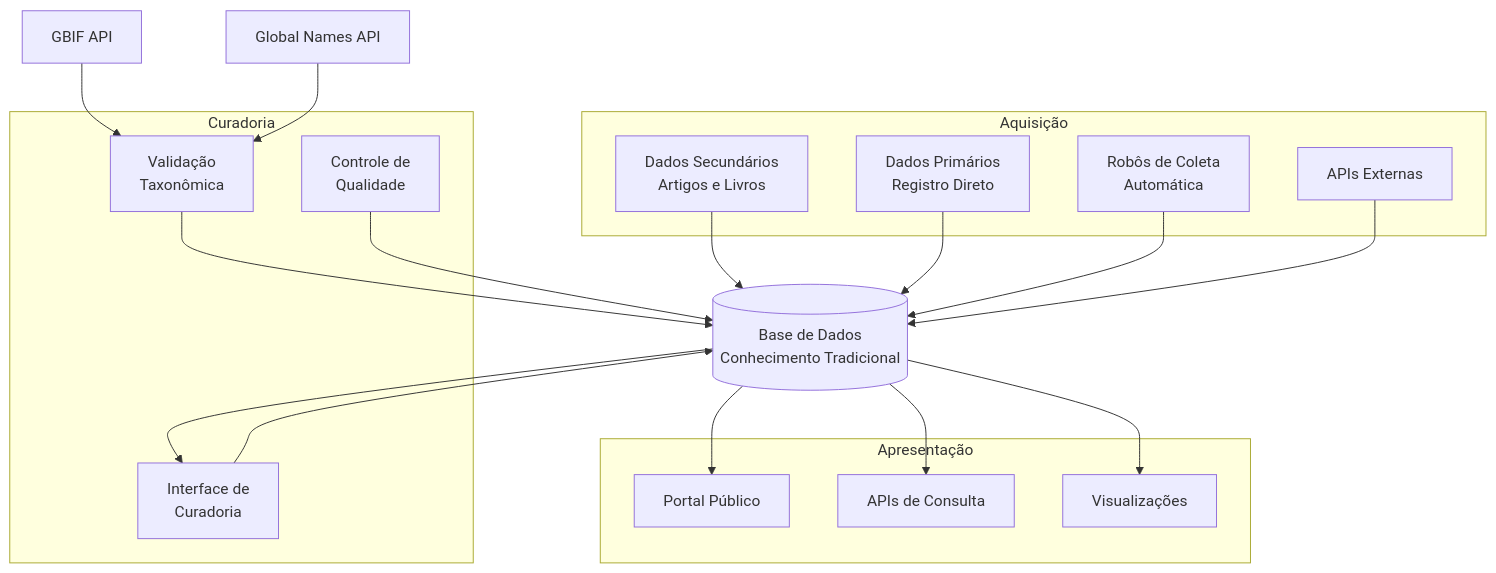
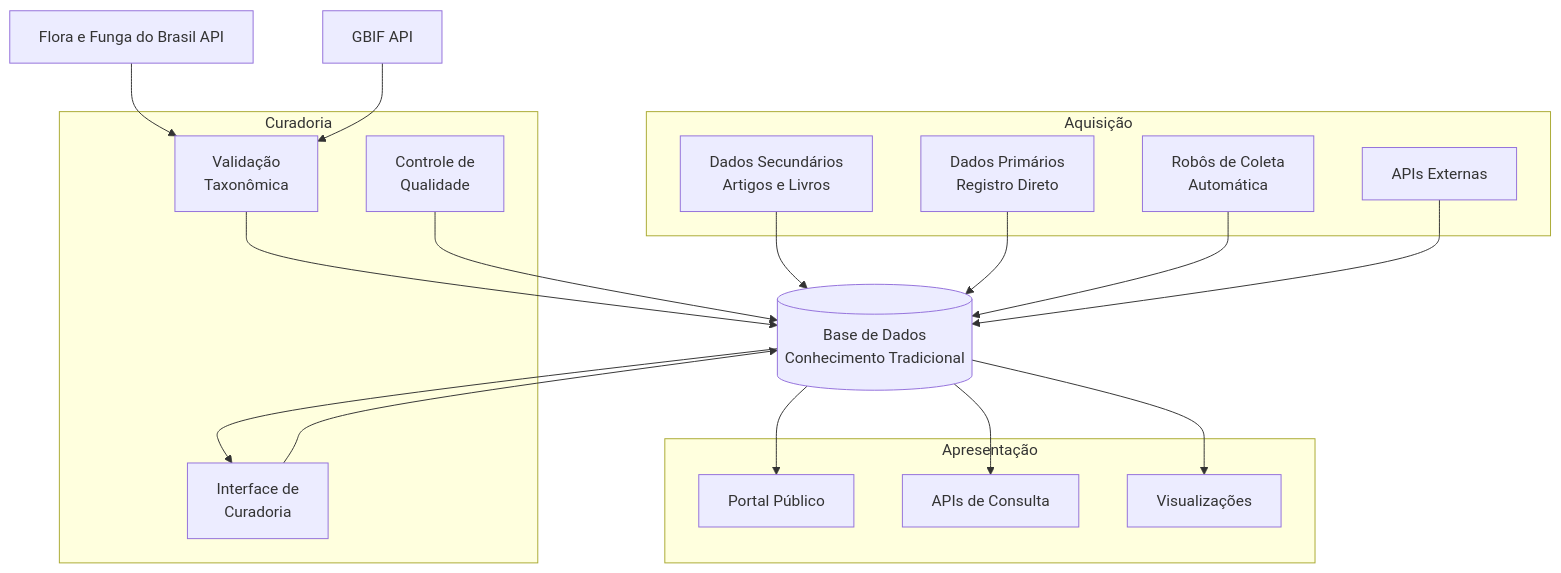
One commit to edalcin/etnoArquitetura changed the first of 3 diagrams in README.md. Above: the diagram before and after it, drawn with Mermaid. The commit also changed other lines of this file and 4 other files, not shown here.

First line of the commit message:
Replace Global Names Verifier with Flora e Funga do Brasil as primary validation

````diff
--- a/README.md
+++ b/README.md
@@ -80,40 +80,40 @@
 ```mermaid
 graph TB
     subgraph Aquisição
         A1[Dados Secundários<br/>Artigos e Livros]
         A2[Dados Primários<br/>Registro Direto]
         A3[Robôs de Coleta<br/>Automática]
         A4[APIs Externas]
     end
 
     subgraph Curadoria
         C1[Interface de<br/>Curadoria]
         C2[Validação<br/>Taxonômica]
         C3[Controle de<br/>Qualidade]
     end
 
     subgraph Apresentação
         P1[Portal Público]
         P2[APIs de Consulta]
         P3[Visualizações]
     end
 
     DB[(Base de Dados<br/>Conhecimento Tradicional)]
 
     A1 --> DB
     A2 --> DB
     A3 --> DB
     A4 --> DB
 
     DB --> C1
     C1 --> DB
     C2 --> DB
     C3 --> DB
 
     DB --> P1
     DB --> P2
     DB --> P3
 
-    EXT1[GBIF API] --> C2
-    EXT2[Global Names API] --> C2
+    EXT1[Flora e Funga do Brasil API] --> C2
+    EXT2[GBIF API] --> C2
 ```
````
